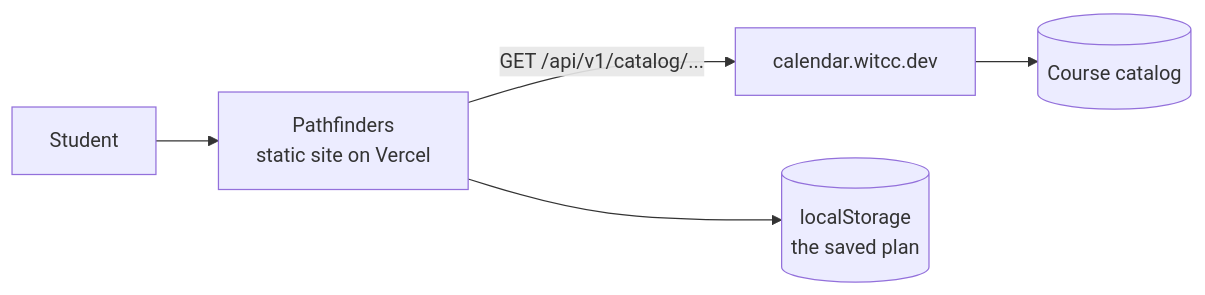
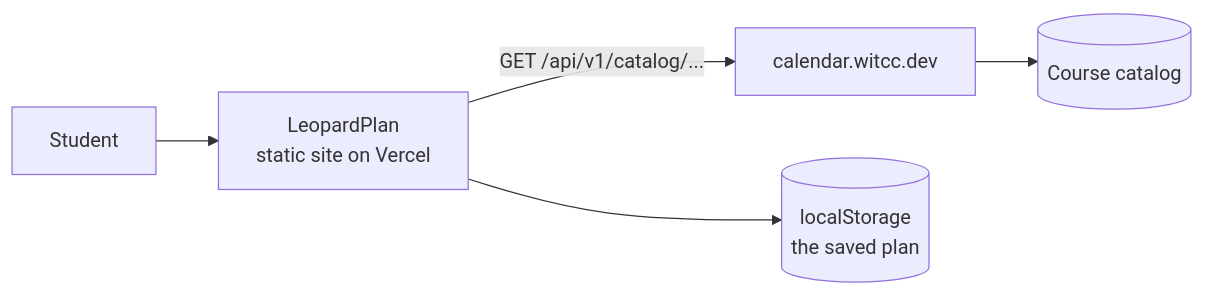
The diagram in README.md (jaspermayone/pathfinders), drawn with Mermaid before and after one commit. The commit also changed other lines of this file and 3 other files, not shown here.

First line of the commit message:
chore: name the app LeopardPlan

````diff
--- a/README.md
+++ b/README.md
@@ -13,7 +13,7 @@
 ```mermaid
 flowchart LR
-    U[Student] --> A[Pathfinders<br/>static site on Vercel]
+    U[Student] --> A[LeopardPlan<br/>static site on Vercel]
     A -->|GET /api/v1/catalog/...| B[calendar.witcc.dev]
     B --> C[(Course catalog)]
     A --> L[(localStorage<br/>the saved plan)]
 ```
````
